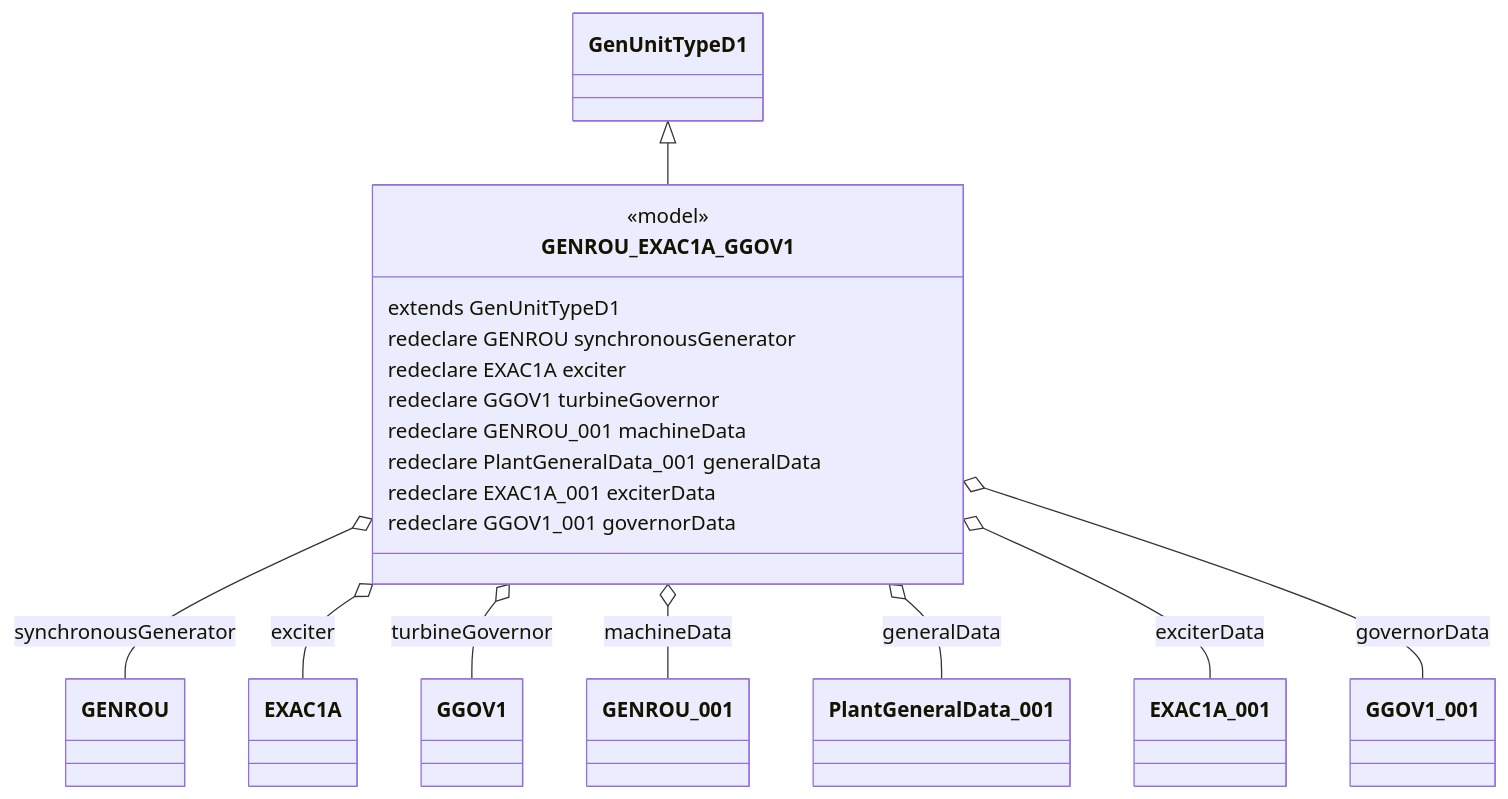
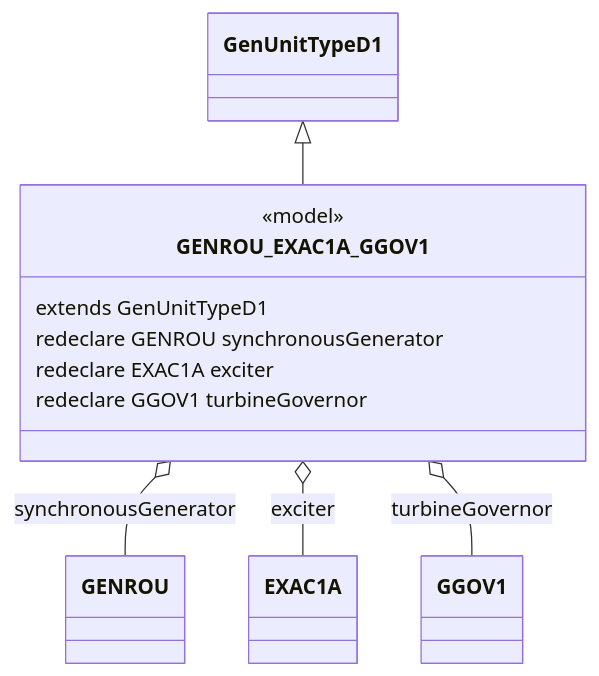
The fourth of 4 diagrams in modelica/OpalRT/docs/TypeD.md (Opal-RT-Technologies/ephasorsim-modelica-library), drawn with Mermaid before and after one commit. The commit also changed other lines of this file and 56 other files, not shown here.

````diff
--- a/modelica/OpalRT/docs/TypeD.md
+++ b/modelica/OpalRT/docs/TypeD.md
@@ -175,31 +133,19 @@
 ```mermaid
 classDiagram
   class GenUnitTypeD1
   class GENROU_EXAC1A_GGOV1 {
     <<model>>
     extends GenUnitTypeD1
     redeclare GENROU synchronousGenerator
     redeclare EXAC1A exciter
     redeclare GGOV1 turbineGovernor
-    redeclare GENROU_001 machineData
-    redeclare PlantGeneralData_001 generalData
-    redeclare EXAC1A_001 exciterData
-    redeclare GGOV1_001 governorData
   }
   class GENROU
   class EXAC1A
   class GGOV1
-  class GENROU_001
-  class PlantGeneralData_001
-  class EXAC1A_001
-  class GGOV1_001
 
   GenUnitTypeD1 <|-- GENROU_EXAC1A_GGOV1
   GENROU_EXAC1A_GGOV1 o-- GENROU : synchronousGenerator
   GENROU_EXAC1A_GGOV1 o-- EXAC1A : exciter
   GENROU_EXAC1A_GGOV1 o-- GGOV1 : turbineGovernor
-  GENROU_EXAC1A_GGOV1 o-- GENROU_001 : machineData
-  GENROU_EXAC1A_GGOV1 o-- PlantGeneralData_001 : generalData
-  GENROU_EXAC1A_GGOV1 o-- EXAC1A_001 : exciterData
-  GENROU_EXAC1A_GGOV1 o-- GGOV1_001 : governorData
 ```
````
